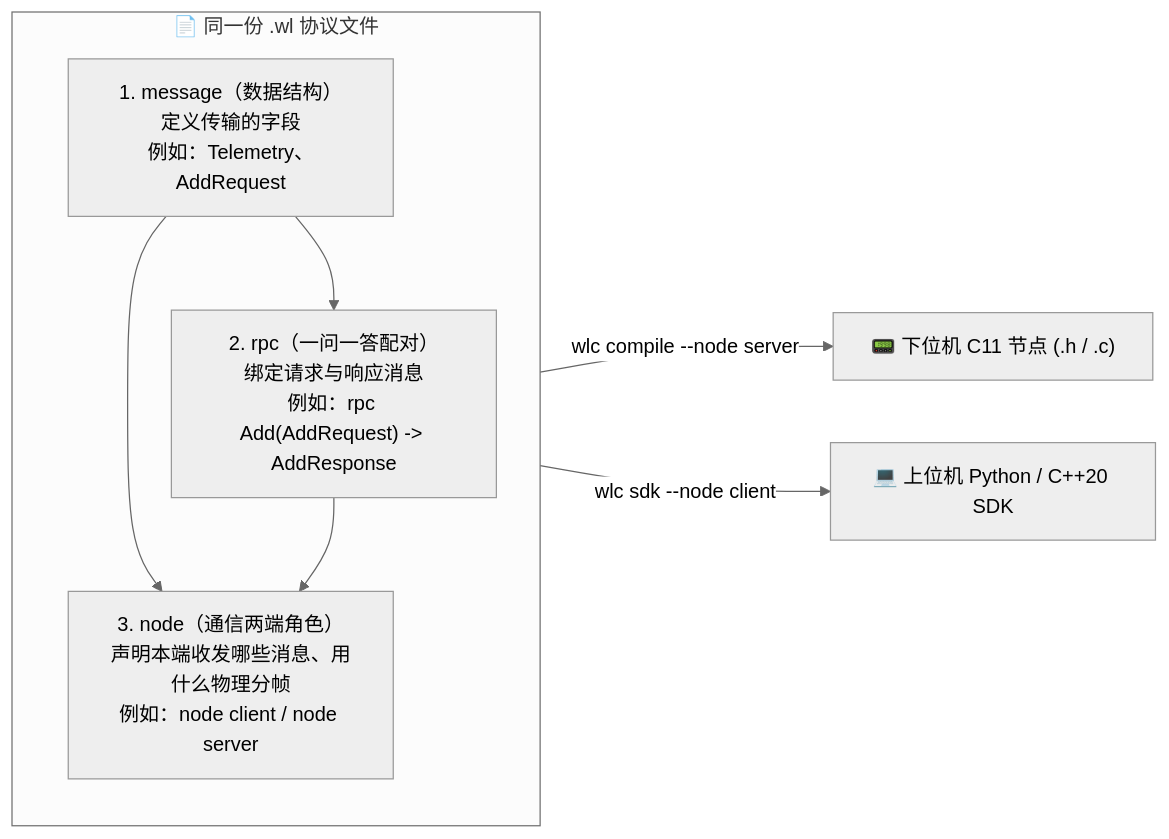
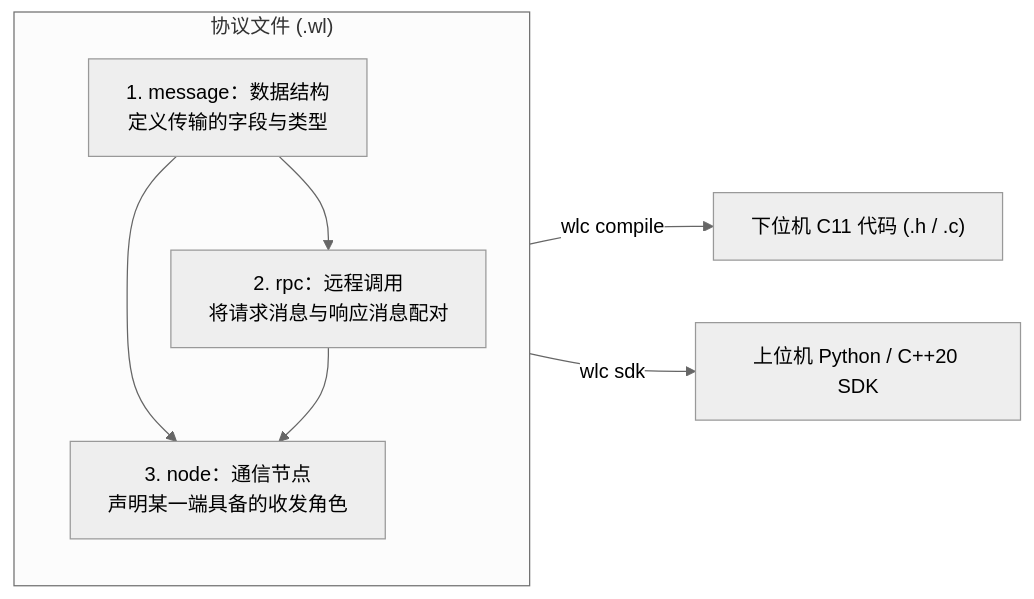
Before and after one commit to starwey604/wirelink: the first of 2 diagrams in site/src/content/docs/zh-cn/overview/what-is-wirelink.mdx, drawn with Mermaid (neutral theme). The commit also changed other lines of this file and 5 other files, not shown here.

````diff
--- a/site/src/content/docs/zh-cn/overview/what-is-wirelink.mdx
+++ b/site/src/content/docs/zh-cn/overview/what-is-wirelink.mdx
@@ -23,14 +26,14 @@
 ```mermaid
 flowchart LR
-  subgraph WL["📄 同一份 .wl 协议文件"]
+  subgraph WL["协议文件 (.wl)"]
     direction TB
-    M["1. message（数据结构）<br/>定义传输的字段<br/>例如：Telemetry、AddRequest"]
-    R["2. rpc（一问一答配对）<br/>绑定请求与响应消息<br/>例如：rpc Add(AddRequest) -> AddResponse"]
-    N["3. node（通信两端角色）<br/>声明本端收发哪些消息、用什么物理分帧<br/>例如：node client / node server"]
+    M["1. message：数据结构<br/>定义传输的字段与类型"]
+    R["2. rpc：远程调用<br/>将请求消息与响应消息配对"]
+    N["3. node：通信节点<br/>声明某一端具备的收发角色"]
     M --> R
     M --> N
     R --> N
   end
-  WL -->|"wlc compile --node server"| MCU["📟 下位机 C11 节点 (.h / .c)"]
-  WL -->|"wlc sdk --node client"| Host["💻 上位机 Python / C++20 SDK"]
+  WL -->|"wlc compile"| MCU["下位机 C11 代码 (.h / .c)"]
+  WL -->|"wlc sdk"| Host["上位机 Python / C++20 SDK"]
 ```
````
